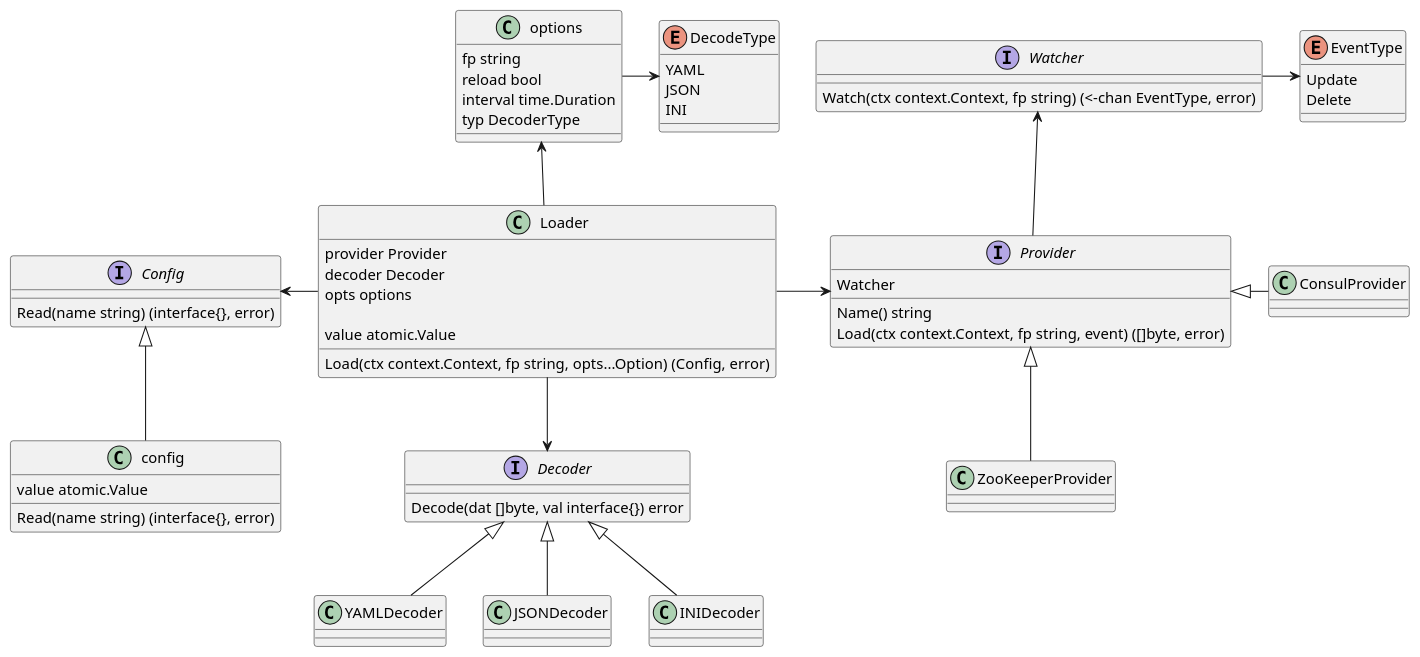
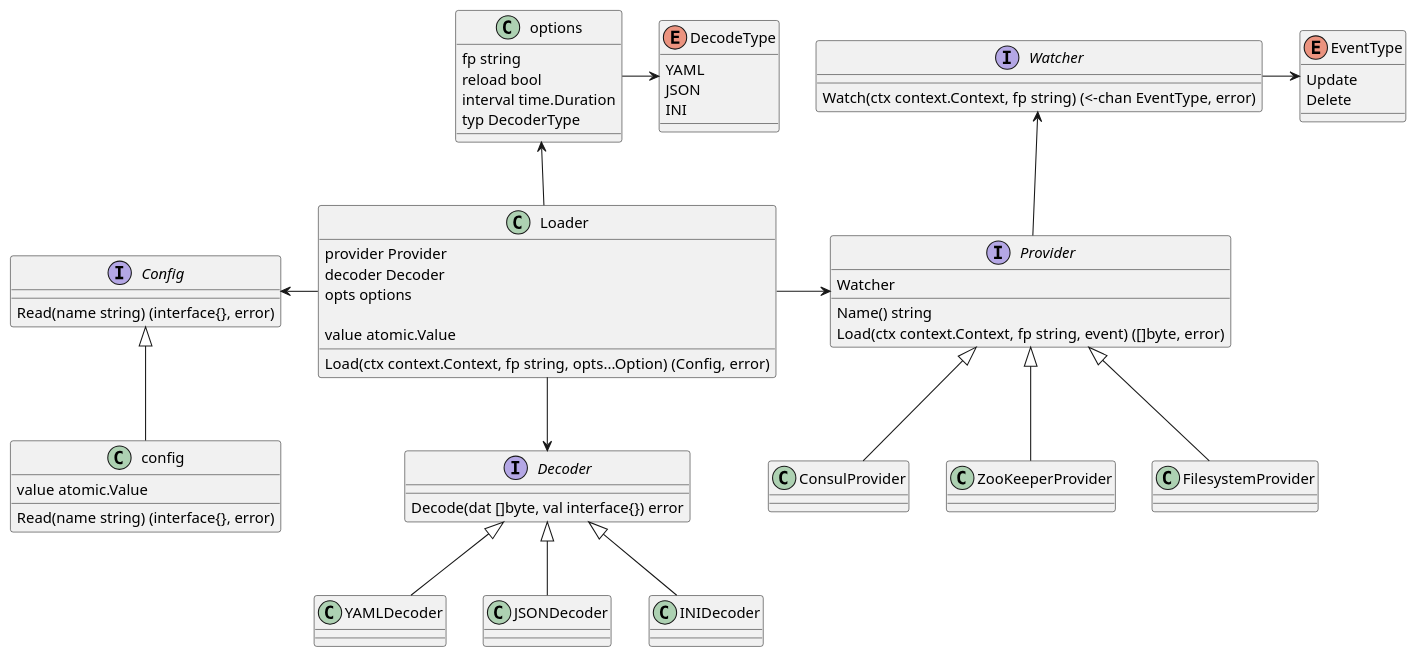
Before and after one commit to hitzhangjie/gorpc: the diagram in config/config.puml, drawn with PlantUML.

Commit message:
doc/config: update uml

```diff
--- a/config/config.puml
+++ b/config/config.puml
@@ -1,75 +1,76 @@
 @startuml
 'https://plantuml.com/class-diagram
 
 class Loader {
 	provider Provider
 	decoder Decoder
 	opts options
 
 	value atomic.Value
 
 	Load(ctx context.Context, fp string, opts...Option) (Config, error)
 }
 
 Loader -up-> options
 Loader -right-> Provider
 Loader -down-> Decoder
 Loader -left-> Config
 
 class options {
 	fp string
 	reload bool
 	interval time.Duration
 	typ DecoderType
 }
 
 options -right-> DecodeType
 
 interface Provider {
 	Watcher
 	Name() string
 	Load(ctx context.Context, fp string, event) ([]byte, error)
 }
 
 Provider -up-> Watcher
 
-ConsulProvider -left-|> Provider
+ConsulProvider -up-|> Provider
 ZooKeeperProvider -up-|> Provider
+FilesystemProvider -up-|> Provider
 
 interface Watcher {
 	Watch(ctx context.Context, fp string) (<-chan EventType, error)
 }
 
 Watcher -> EventType
 
 enum EventType {
 	Update
 	Delete
 }
 
 interface Decoder {
 	Decode(dat []byte, val interface{}) error
 }
 
 enum DecodeType {
 	YAML
 	JSON
 	INI
 }
 
 YAMLDecoder -up-|> Decoder
 JSONDecoder -up-|> Decoder
 INIDecoder -up-|> Decoder
 
 interface Config {
 	Read(name string) (interface{}, error)
 }
 
 class config {
 	value atomic.Value
 	Read(name string) (interface{}, error)
 }
 
 config -up-|> Config
 
 @enduml
```
